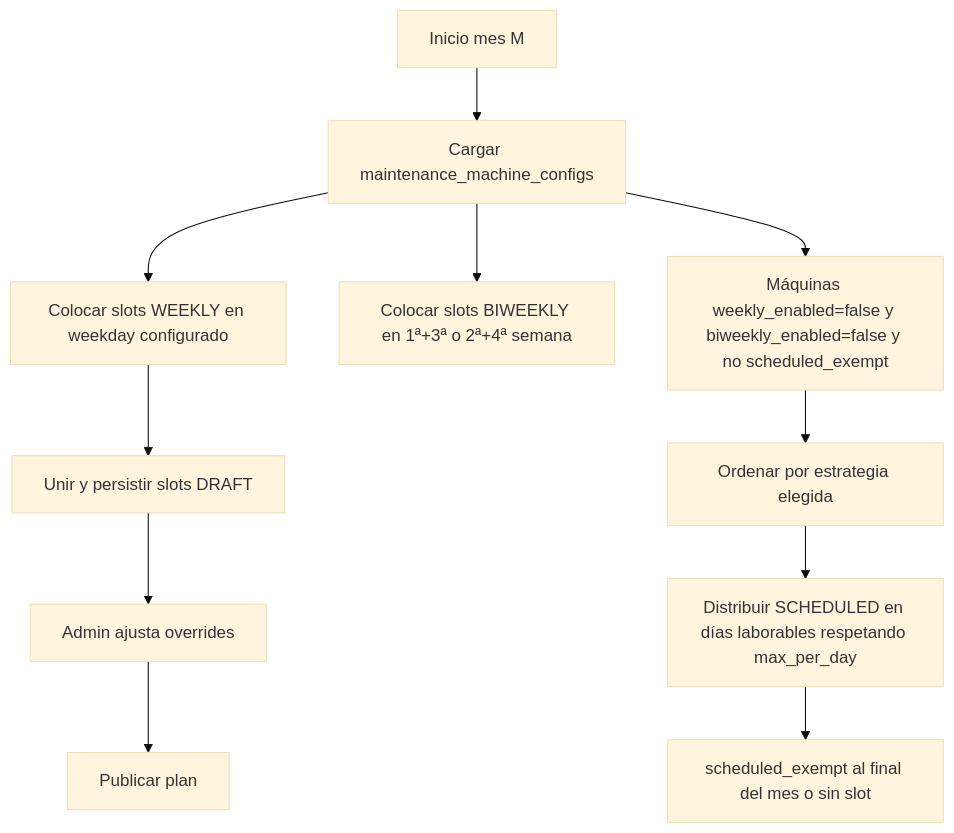
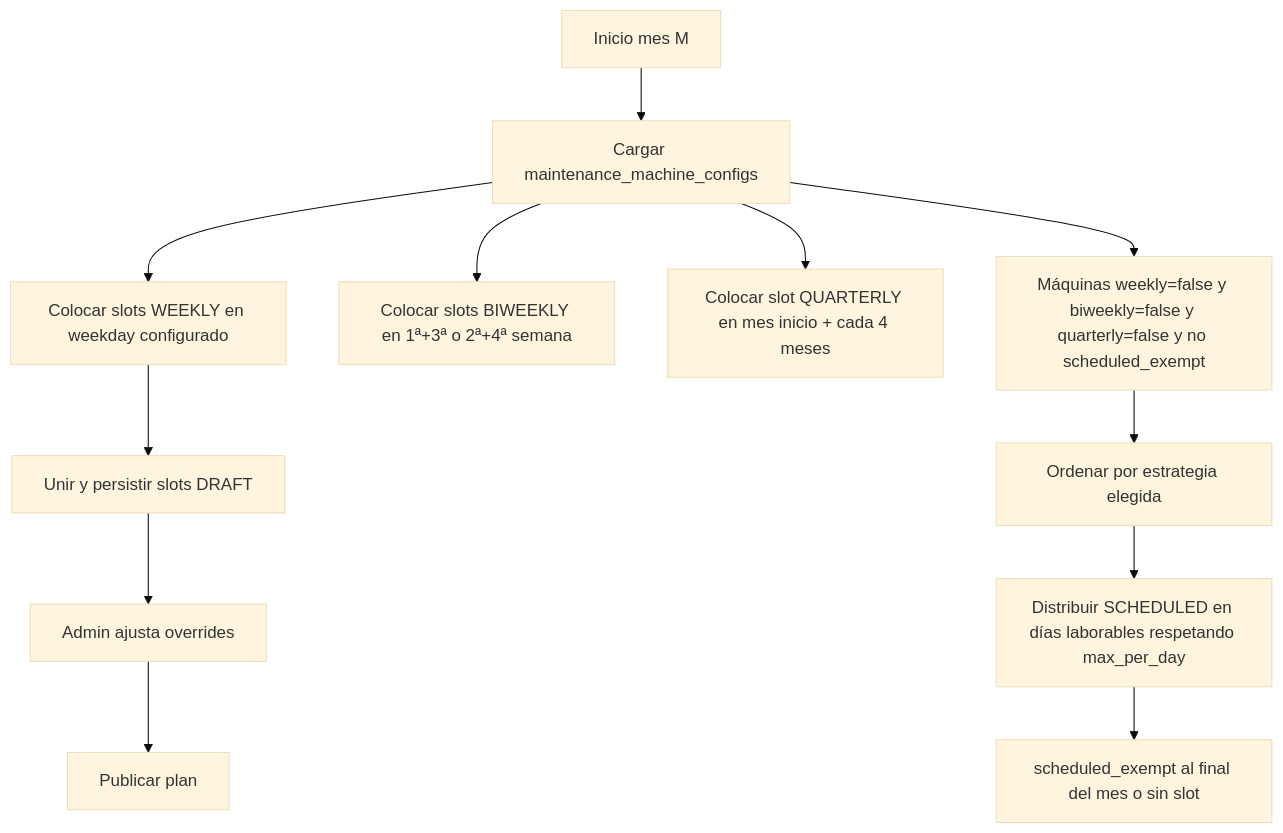
One commit to KevinAlejandroParra/GB_Alist_Andino changed the second of 3 diagrams in .cursor/plans/cronograma_mantenimiento_0bbcb9f7.plan.md. Above: the diagram before and after it, drawn with Mermaid (base theme). The commit also changed other lines of this file and 17 other files, not shown here.

````diff
--- a/.cursor/plans/cronograma_mantenimiento_0bbcb9f7.plan.md
+++ b/.cursor/plans/cronograma_mantenimiento_0bbcb9f7.plan.md
@@ -213,13 +221,14 @@
 ```mermaid
 flowchart TD
   start[Inicio mes M] --> loadCfg[Cargar maintenance_machine_configs]
   loadCfg --> weekly[Colocar slots WEEKLY en weekday configurado]
   loadCfg --> biweekly[Colocar slots BIWEEKLY en 1ª+3ª o 2ª+4ª semana]
-  loadCfg --> pool[Máquinas weekly_enabled=false y biweekly_enabled=false y no scheduled_exempt]
+  loadCfg --> quarterly[Colocar slot QUARTERLY en mes inicio + cada 4 meses]
+  loadCfg --> pool[Máquinas weekly=false y biweekly=false y quarterly=false y no scheduled_exempt]
   pool --> rank[Ordenar por estrategia elegida]
   rank --> distribute[Distribuir SCHEDULED en días laborables respetando max_per_day]
   distribute --> exempt[scheduled_exempt al final del mes o sin slot]
   weekly --> merge[Unir y persistir slots DRAFT]
   merge --> adminEdit[Admin ajusta overrides]
   adminEdit --> publish[Publicar plan]
 ```
````
